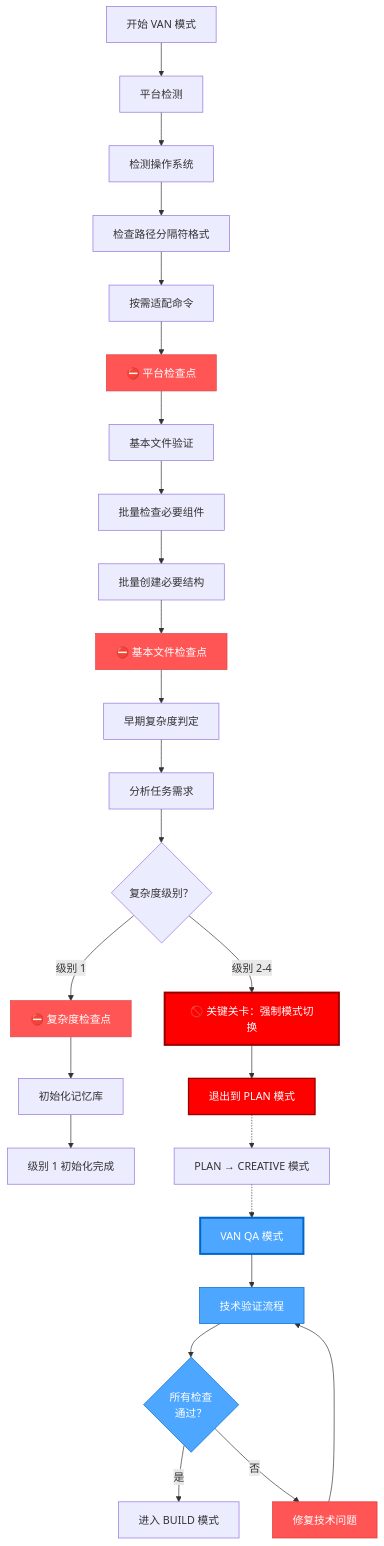
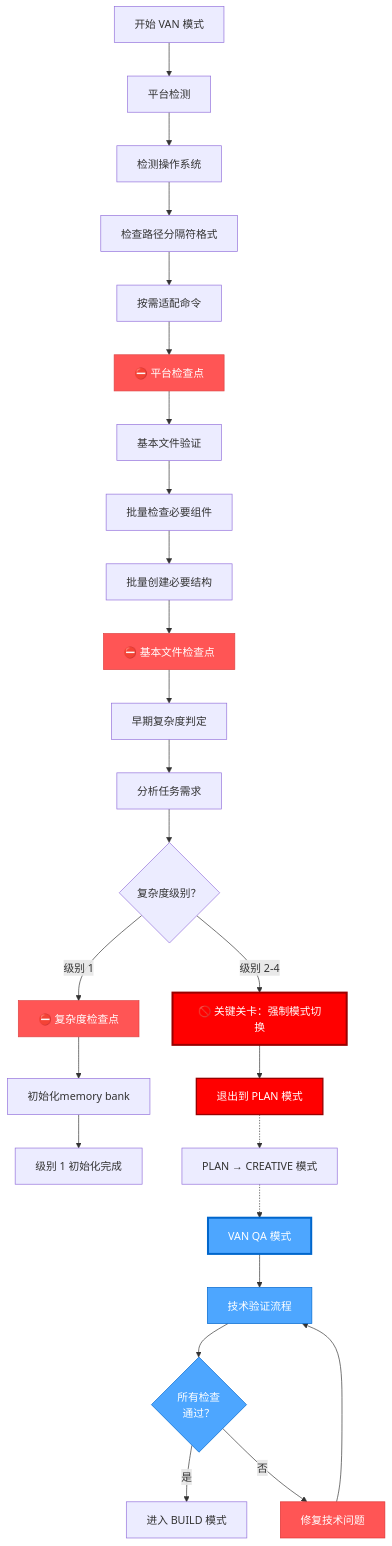
Before and after one commit to autel-lizhuohang/cursor-memory-bank-cn: the first of 13 diagrams in .cursor/rules/isolation_rules/visual-maps/van-mode-map.mdc, drawn with Mermaid. The commit also changed other lines of this file and 33 other files, not shown here.

````diff
--- a/.cursor/rules/isolation_rules/visual-maps/van-mode-map.mdc
+++ b/.cursor/rules/isolation_rules/visual-maps/van-mode-map.mdc
@@ -12,48 +12,48 @@
 ```mermaid
 graph TD
     Start["开始 VAN 模式"] --> PlatformDetect["平台检测"]
     PlatformDetect --> DetectOS["检测操作系统"]
     DetectOS --> CheckPath["检查路径分隔符格式"]
     CheckPath --> AdaptCmds["按需适配命令"]
     AdaptCmds --> PlatformCP["⛔ 平台检查点"]
 
     %% 基本文件验证及检查点
     PlatformCP --> BasicFileVerify["基本文件验证"]
     BasicFileVerify --> BatchCheck["批量检查必要组件"]
     BatchCheck --> BatchCreate["批量创建必要结构"]
     BatchCreate --> BasicFileCP["⛔ 基本文件检查点"]
 
     %% 早期复杂度判定
     BasicFileCP --> EarlyComplexity["早期复杂度判定"]
     EarlyComplexity --> AnalyzeTask["分析任务需求"]
     AnalyzeTask --> EarlyLevelCheck{"复杂度级别？"}
 
     %% 级别处理路径
     EarlyLevelCheck -->|"级别 1"| ComplexityCP["⛔ 复杂度检查点"]
     EarlyLevelCheck -->|"级别 2-4"| CRITICALGATE["🚫 关键关卡：强制模式切换"]
     CRITICALGATE --> ForceExit["退出到 PLAN 模式"]
 
     %% 级别 1 正常继续
-    ComplexityCP --> InitSystem["初始化记忆库"]
+    ComplexityCP --> InitSystem["初始化memory bank"]
     InitSystem --> Complete1["级别 1 初始化完成"]
 
     %% 级别 2+ 任务在 PLAN 和 CREATIVE 模式后
     ForceExit -.-> OtherModes["PLAN → CREATIVE 模式"]
     OtherModes -.-> VANQA["VAN QA 模式"]
     VANQA --> QAProcess["技术验证流程"]
     QAProcess --> QACheck{"所有检查<br>通过？"}
     QACheck -->|"是"| BUILD["进入 BUILD 模式"]
     QACheck -->|"否"| FixIssues["修复技术问题"]
     FixIssues --> QAProcess
 
     %% 节点样式
     style PlatformCP fill:#f55,stroke:#d44,color:white
     style BasicFileCP fill:#f55,stroke:#d44,color:white
     style ComplexityCP fill:#f55,stroke:#d44,color:white
     style CRITICALGATE fill:#ff0000,stroke:#990000,color:white,stroke-width:3px
     style ForceExit fill:#ff0000,stroke:#990000,color:white,stroke-width:2px
     style VANQA fill:#4da6ff,stroke:#0066cc,color:white,stroke-width:3px
     style QAProcess fill:#4da6ff,stroke:#0066cc,color:white
     style QACheck fill:#4da6ff,stroke:#0066cc,color:white
     style FixIssues fill:#ff5555,stroke:#dd3333,color:white
 ```
````
